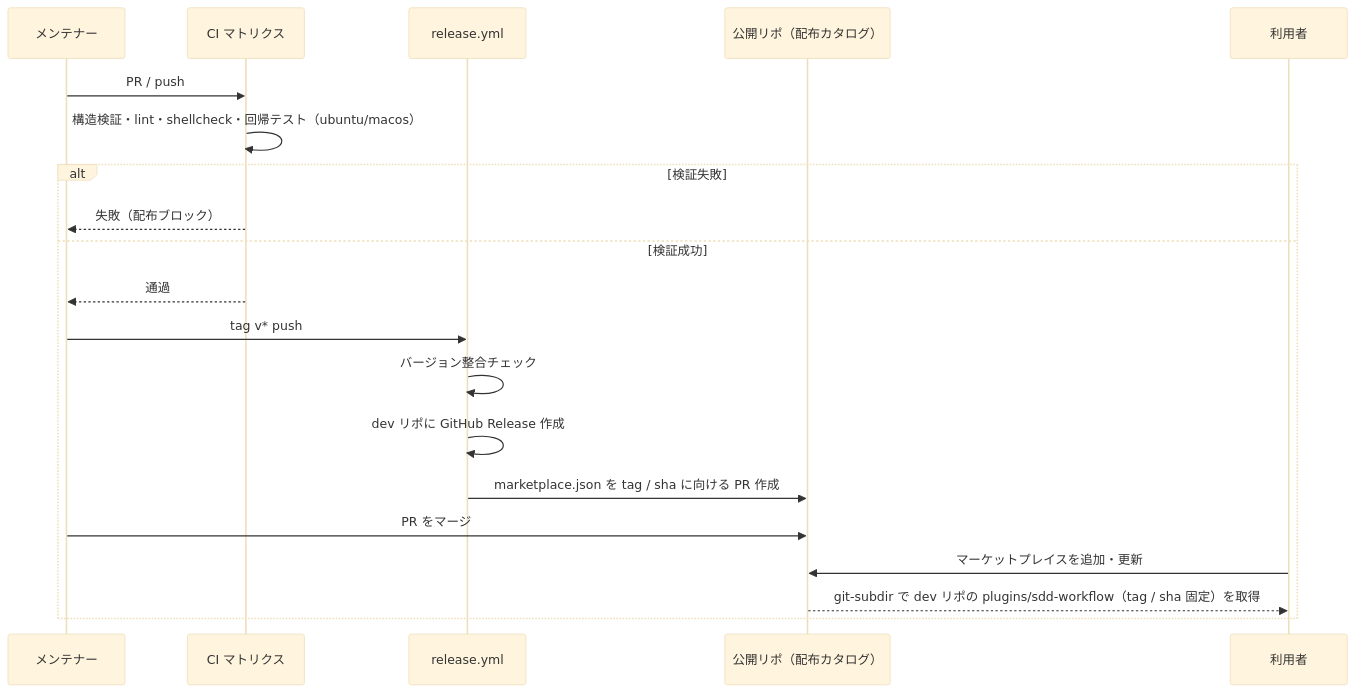
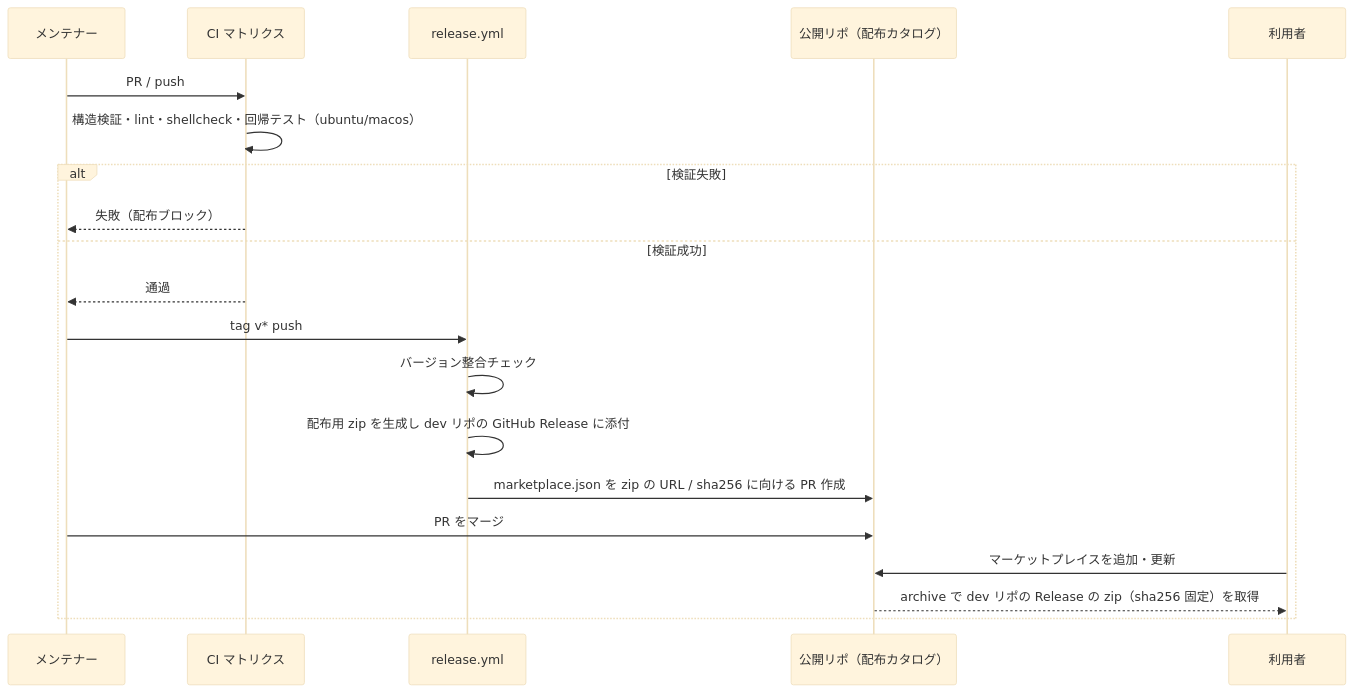
The diagram in .sdd/specification/distribution_spec.md (ToshikiImagawa/ai-sdd-workflow-dev), drawn with Mermaid (base theme) before and after one commit. The commit also changed other lines of this file and 14 other files, not shown here.

First line of the commit message:
[update] 配布カタログのソースを git-subdir から Release の archive に変更 (#237)

````diff
--- a/.sdd/specification/distribution_spec.md
+++ b/.sdd/specification/distribution_spec.md
@@ -152,23 +155,23 @@
 ```mermaid
 sequenceDiagram
     participant Dev as メンテナー
     participant CI as CI マトリクス
     participant Rel as release.yml
     participant Pub as 公開リポ（配布カタログ）
     participant User as 利用者
 
     Dev ->> CI: PR / push
     CI ->> CI: 構造検証・lint・shellcheck・回帰テスト（ubuntu/macos）
     alt 検証失敗
         CI -->> Dev: 失敗（配布ブロック）
     else 検証成功
         CI -->> Dev: 通過
         Dev ->> Rel: tag v* push
         Rel ->> Rel: バージョン整合チェック
-        Rel ->> Rel: dev リポに GitHub Release 作成
-        Rel ->> Pub: marketplace.json を tag / sha に向ける PR 作成
+        Rel ->> Rel: 配布用 zip を生成し dev リポの GitHub Release に添付
+        Rel ->> Pub: marketplace.json を zip の URL / sha256 に向ける PR 作成
         Dev ->> Pub: PR をマージ
         User ->> Pub: マーケットプレイスを追加・更新
-        Pub -->> User: git-subdir で dev リポの plugins/sdd-workflow（tag / sha 固定）を取得
+        Pub -->> User: archive で dev リポの Release の zip（sha256 固定）を取得
     end
 ```
````
